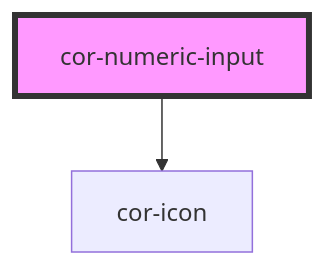
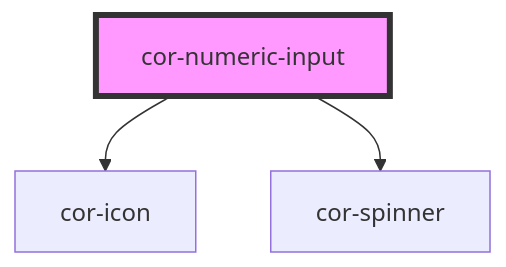
One commit to egov-moldova/design-system changed the diagram in src/components/cor-numeric-input/readme.md. Above: the diagram before and after it, drawn with Mermaid. The commit also changed other lines of this file and 20 other files, not shown here.

````diff
--- a/src/components/cor-numeric-input/readme.md
+++ b/src/components/cor-numeric-input/readme.md
@@ -98,5 +101,6 @@
 ```mermaid
 graph TD;
   cor-numeric-input --> cor-icon
+  cor-numeric-input --> cor-spinner
   style cor-numeric-input fill:#f9f,stroke:#333,stroke-width:4px
 ```
````
